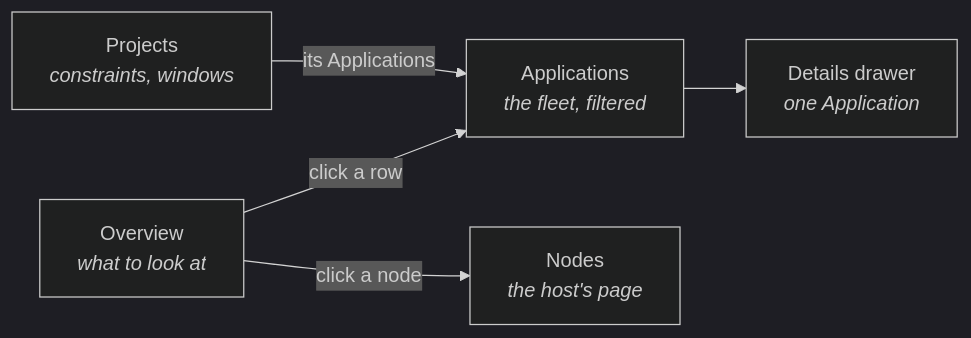
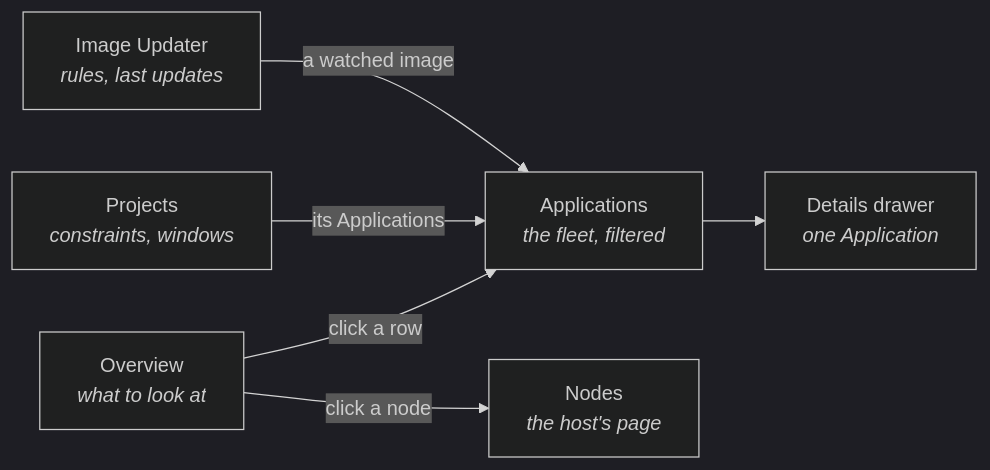
The diagram in docs/argocd.md (DiegoBulhoes/freelens-addons), drawn with Mermaid (dark theme) before and after one commit. The commit also changed other lines of this file and 9 other files, not shown here.

````diff
--- a/docs/argocd.md
+++ b/docs/argocd.md
@@ -29,12 +22,14 @@
 ```mermaid
 flowchart LR
   O["Overview<br/><i>what to look at</i>"]
   A["Applications<br/><i>the fleet, filtered</i>"]
   P["Projects<br/><i>constraints, windows</i>"]
+  I["Image Updater<br/><i>rules, last updates</i>"]
   D["Details drawer<br/><i>one Application</i>"]
 
   O -->|click a row| A
   O -->|click a node| N["Nodes<br/><i>the host's page</i>"]
   A --> D
   P -->|its Applications| A
+  I -->|a watched image| A
 ```
````
